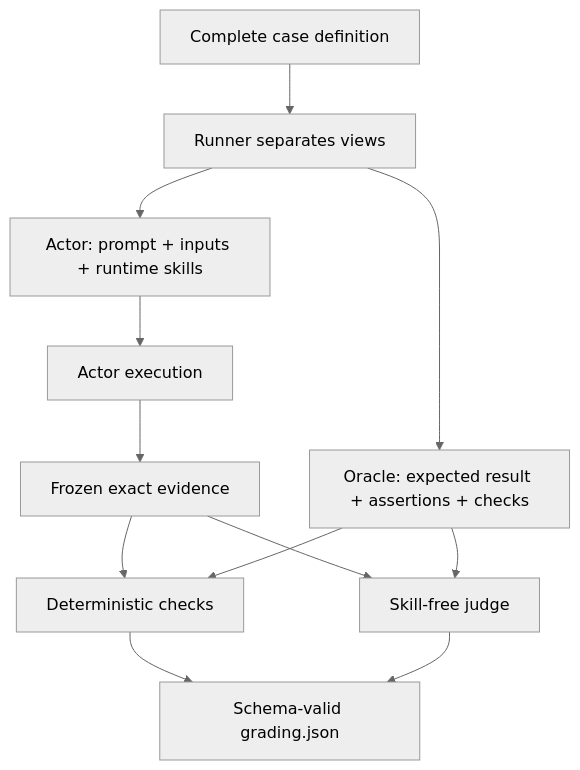
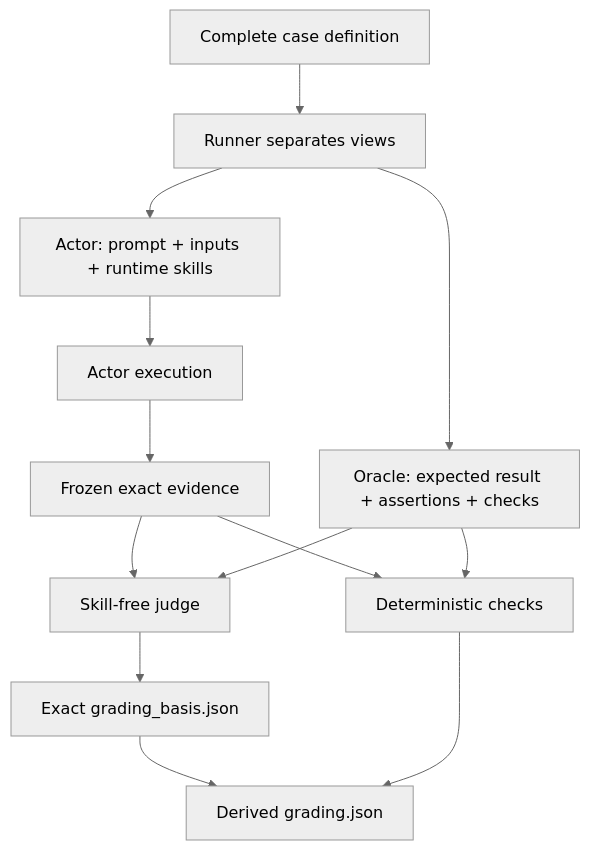
One commit to EduardValentin/ai-skills changed the sixth of 6 diagrams in docs/EVALUATION.md. Above: the diagram before and after it, drawn with Mermaid (neutral theme). The commit also changed other lines of this file and 64 other files, not shown here.

````diff
--- a/docs/EVALUATION.md
+++ b/docs/EVALUATION.md
@@ -290,14 +384,15 @@
 ```mermaid
 flowchart TD
     E["Complete case definition"] --> R["Runner separates views"]
     R --> AV["Actor: prompt + inputs + runtime skills"]
     R --> O["Oracle: expected result + assertions + checks"]
     AV --> A["Actor execution"]
     A --> F["Frozen exact evidence"]
     F --> D["Deterministic checks"]
     F --> J["Skill-free judge"]
     O --> D
     O --> J
-    D --> G["Schema-valid grading.json"]
-    J --> G
+    J --> B["Exact grading_basis.json"]
+    B --> G["Derived grading.json"]
+    D --> G
 ```
````
